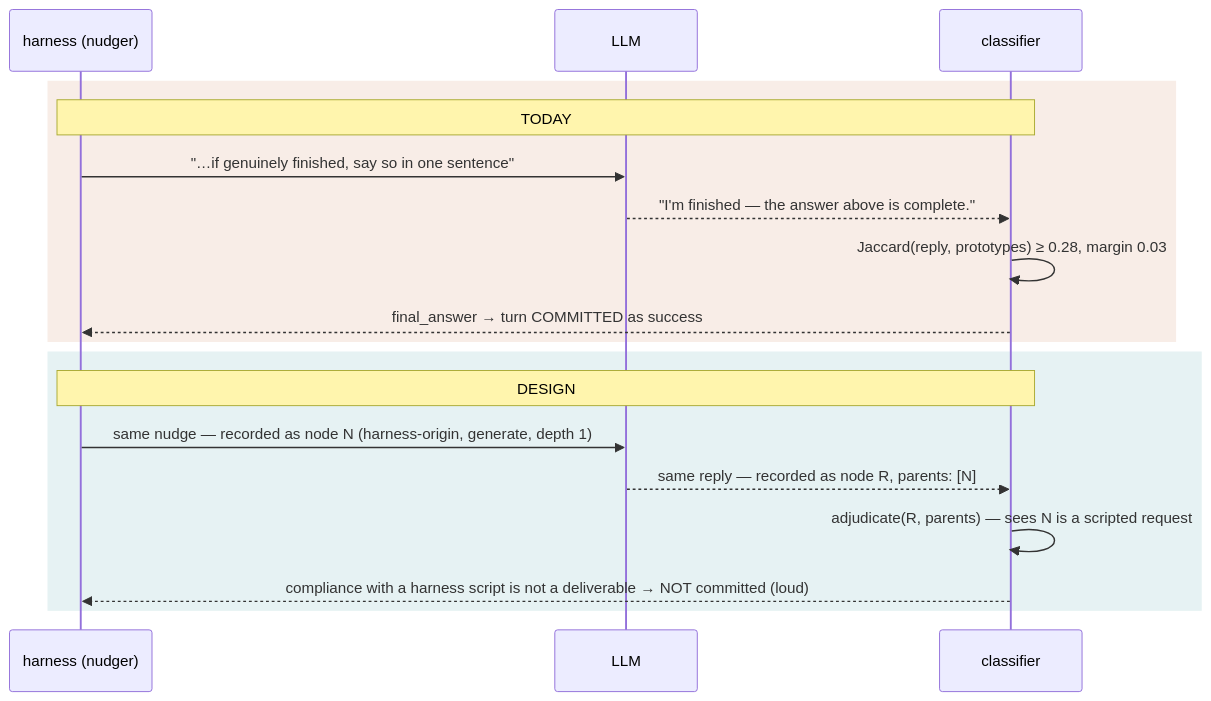
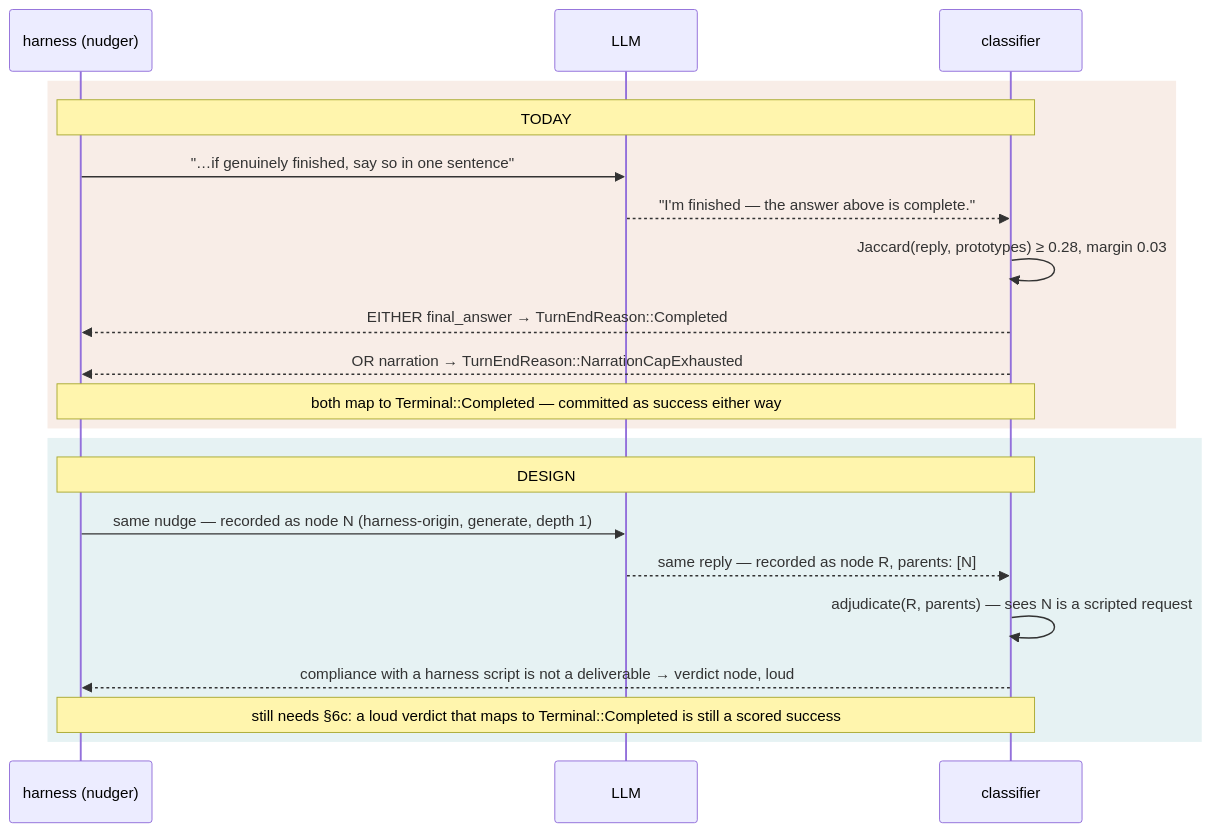
The fifth of 6 diagrams in docs/design/smart-harness.md (Gilamonster-Foundation/newt-agent), drawn with Mermaid before and after one commit. The commit also changed other lines of this file, not shown here.

````diff
--- a/docs/design/smart-harness.md
+++ b/docs/design/smart-harness.md
@@ -176,20 +201,23 @@
 ```mermaid
 sequenceDiagram
     participant H as harness (nudger)
     participant M as LLM
     participant K as classifier
     rect rgba(181,85,27,0.10)
     Note over H,K: TODAY
     H->>M: "…if genuinely finished, say so in one sentence"
     M-->>K: "I'm finished — the answer above is complete."
     K->>K: Jaccard(reply, prototypes) ≥ 0.28, margin 0.03
-    K-->>H: final_answer → turn COMMITTED as success
+    K-->>H: EITHER final_answer → TurnEndReason::Completed
+    K-->>H: OR narration → TurnEndReason::NarrationCapExhausted
+    Note over H,K: both map to Terminal::Completed — committed as success either way
     end
     rect rgba(15,124,138,0.10)
     Note over H,K: DESIGN
     H->>M: same nudge — recorded as node N (harness-origin, generate, depth 1)
     M-->>K: same reply — recorded as node R, parents: [N]
     K->>K: adjudicate(R, parents) — sees N is a scripted request
-    K-->>H: compliance with a harness script is not a deliverable → NOT committed (loud)
+    K-->>H: compliance with a harness script is not a deliverable → verdict node, loud
+    Note over H,K: still needs §6c: a loud verdict that maps to Terminal::Completed is still a scored success
     end
 ```
````
